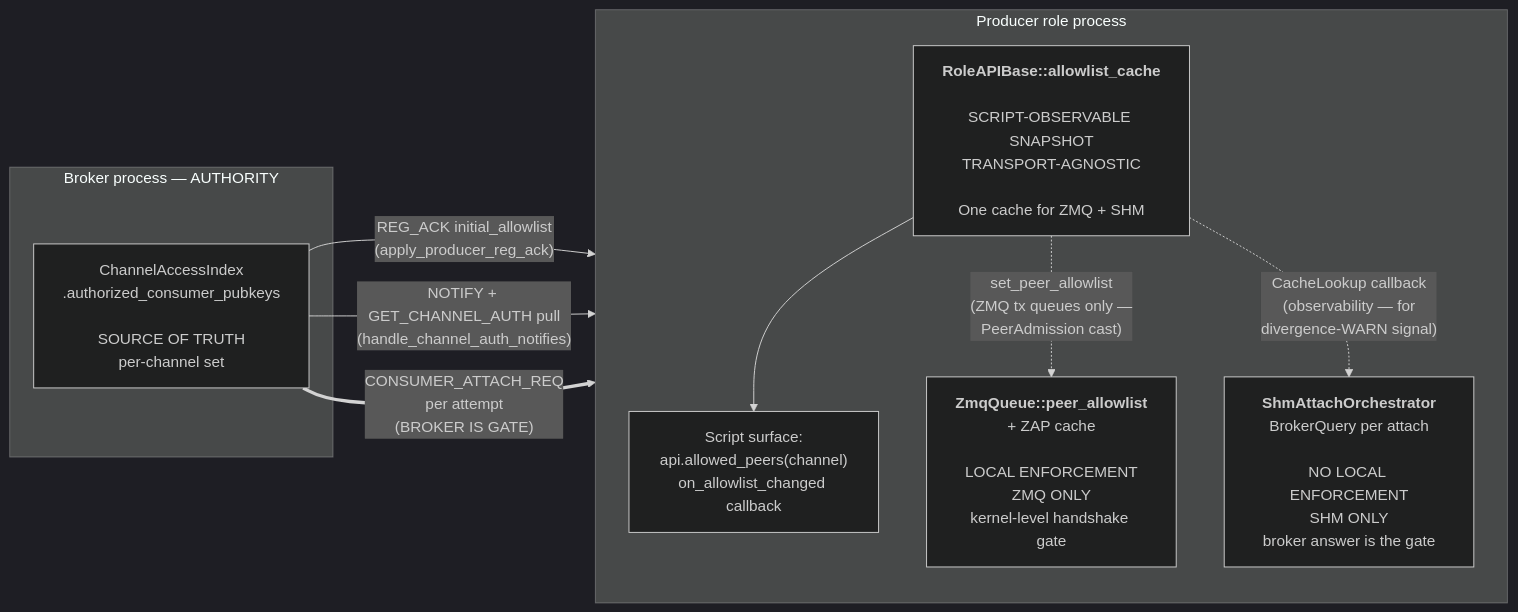
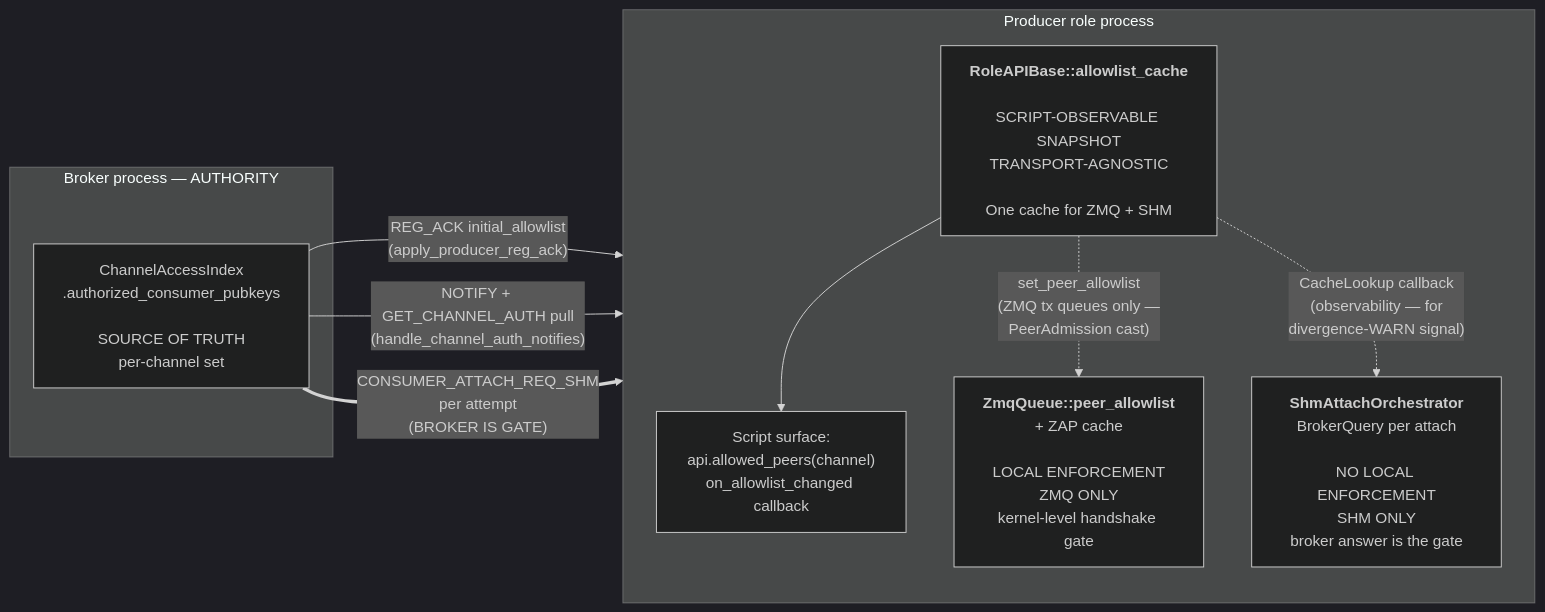
Before and after one commit to Qing-LAB/pylabhub: the first of 18 diagrams in docs/HEP/HEP-CORE-0036-Authenticated-Connection-Establishment.md, drawn with Mermaid (dark theme). The commit also changed other lines of this file and 23 other files, not shown here.

````diff
--- a/docs/HEP/HEP-CORE-0036-Authenticated-Connection-Establishment.md
+++ b/docs/HEP/HEP-CORE-0036-Authenticated-Connection-Establishment.md
@@ -882,22 +882,22 @@
 ```mermaid
 flowchart LR
     subgraph BR[" Broker process — AUTHORITY "]
         TRUTH["ChannelAccessIndex<br/>.authorized_consumer_pubkeys<br/><br/>SOURCE OF TRUTH<br/>per-channel set"]
     end
 
     subgraph PR[" Producer role process "]
         direction TB
         CACHE["<b>RoleAPIBase::allowlist_cache</b><br/><br/>SCRIPT-OBSERVABLE SNAPSHOT<br/>TRANSPORT-AGNOSTIC<br/><br/>One cache for ZMQ + SHM"]
         SCR["Script surface:<br/>api.allowed_peers(channel)<br/>on_allowlist_changed callback"]
         ZMQE["<b>ZmqQueue::peer_allowlist</b><br/>+ ZAP cache<br/><br/>LOCAL ENFORCEMENT<br/>ZMQ ONLY<br/>kernel-level handshake gate"]
         SHMG["<b>ShmAttachOrchestrator</b><br/>BrokerQuery per attach<br/><br/>NO LOCAL ENFORCEMENT<br/>SHM ONLY<br/>broker answer is the gate"]
     end
 
     TRUTH -->|"REG_ACK initial_allowlist<br/>(apply_producer_reg_ack)"| CACHE
     TRUTH -->|"NOTIFY + GET_CHANNEL_AUTH pull<br/>(handle_channel_auth_notifies)"| CACHE
     CACHE --> SCR
 
     CACHE -.->|"set_peer_allowlist<br/>(ZMQ tx queues only —<br/>PeerAdmission cast)"| ZMQE
     CACHE -.->|"CacheLookup callback<br/>(observability — for<br/>divergence-WARN signal)"| SHMG
-    TRUTH ==>|"CONSUMER_ATTACH_REQ<br/>per attempt<br/>(BROKER IS GATE)"| SHMG
+    TRUTH ==>|"CONSUMER_ATTACH_REQ_SHM<br/>per attempt<br/>(BROKER IS GATE)"| SHMG
 ```
````
